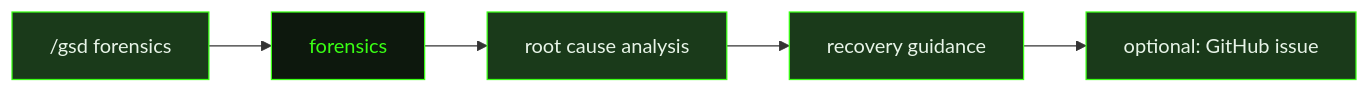
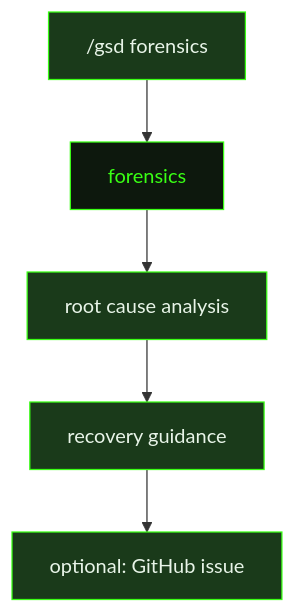
Before and after one commit to shusha-group/gsd2-guide: the diagram in src/content/docs/prompts/forensics.mdx, drawn with Mermaid. The commit also changed 79 other files, not shown here.

````diff
--- a/src/content/docs/prompts/forensics.mdx
+++ b/src/content/docs/prompts/forensics.mdx
@@ -16,13 +16,13 @@
 ```mermaid
-flowchart LR
+flowchart TD
     UserInvoke["/gsd forensics"] --> ForensicsPrompt["forensics"]
     ForensicsPrompt --> Analysis["root cause analysis"]
     Analysis --> Recovery["recovery guidance"]
     Recovery --> IssueOption["optional: GitHub issue"]
 
     style ForensicsPrompt fill:#0d180d,stroke:#39ff14,color:#39ff14
     style UserInvoke fill:#1a3a1a,stroke:#39ff14,color:#e8f4e8
     style Analysis fill:#1a3a1a,stroke:#39ff14,color:#e8f4e8
     style Recovery fill:#1a3a1a,stroke:#39ff14,color:#e8f4e8
     style IssueOption fill:#1a3a1a,stroke:#39ff14,color:#e8f4e8
 ```
````
